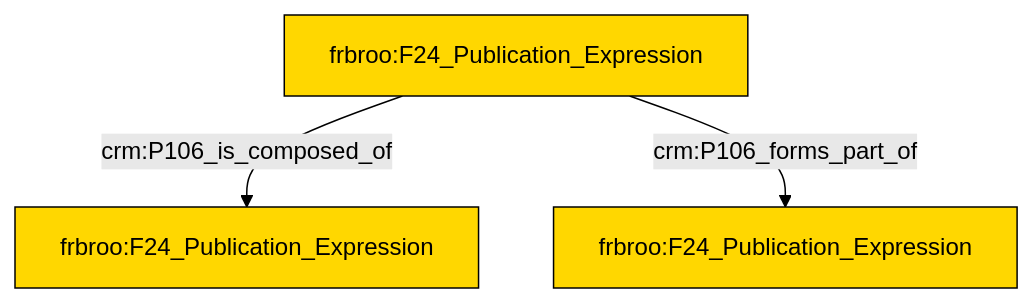
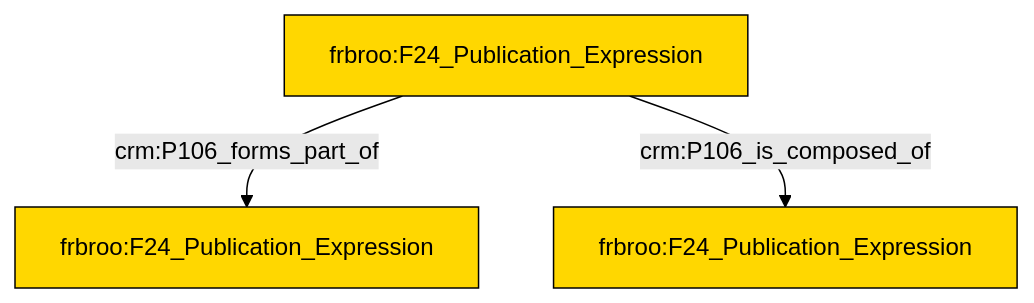
One commit to swiss-art-research-net/docs.swissartresearch changed the diagram in et/biblioCSV/ttl/mmd/biblio_parthood.ttl.mmd. Above: the diagram before and after it, drawn with Mermaid (forest theme). The commit also changed 176 other files, not shown here.

```diff
--- a/et/biblioCSV/ttl/mmd/biblio_parthood.ttl.mmd
+++ b/et/biblioCSV/ttl/mmd/biblio_parthood.ttl.mmd
@@ -1,17 +1,17 @@
 graph TD
 classDef Literal fill:#f2f2f2,stroke:#000000;
 classDef CRM_Entity fill:#FFFFFF,stroke:#000000;
 classDef Temporal_Entity fill:#00C9E6, stroke:#000000;
 classDef Type fill:#E18312, stroke:#000000;
 classDef Time-Span fill:#2C9C91, stroke:#000000;
 classDef Appellation fill:#FFEB7F, stroke:#000000;
 classDef Place fill:#008836, stroke:#000000;
 classDef Persistent_Item fill:#B266B2, stroke:#000000;
 classDef Conceptual_Object fill:#FFD700, stroke:#000000;
 classDef Physical_Thing fill:#D2B48C, stroke:#000000;
 classDef Actor fill:#f58aad, stroke:#000000;
 classDef PC_Classes fill:#4ce600, stroke:#000000;
 classDef Multi fill:#cccccc,stroke:#000000;
 
-0["frbroo:F24_Publication_Expression"]:::Conceptual_Object -->|crm:P106_is_composed_of| 1["frbroo:F24_Publication_Expression"]:::Conceptual_Object
-0["frbroo:F24_Publication_Expression"]:::Conceptual_Object -->|crm:P106_forms_part_of| 3["frbroo:F24_Publication_Expression"]:::Conceptual_Object
+0["frbroo:F24_Publication_Expression"]:::Conceptual_Object -->|crm:P106_forms_part_of| 1["frbroo:F24_Publication_Expression"]:::Conceptual_Object
+0["frbroo:F24_Publication_Expression"]:::Conceptual_Object -->|crm:P106_is_composed_of| 4["frbroo:F24_Publication_Expression"]:::Conceptual_Object
```
